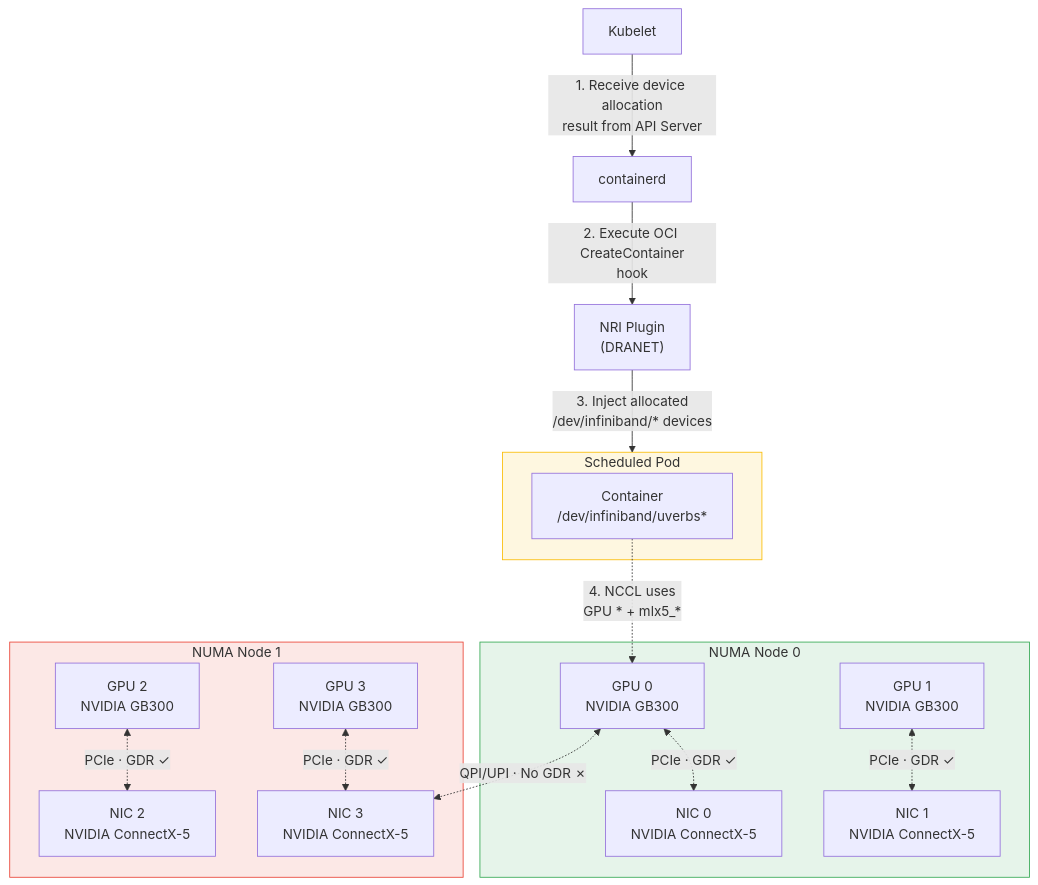
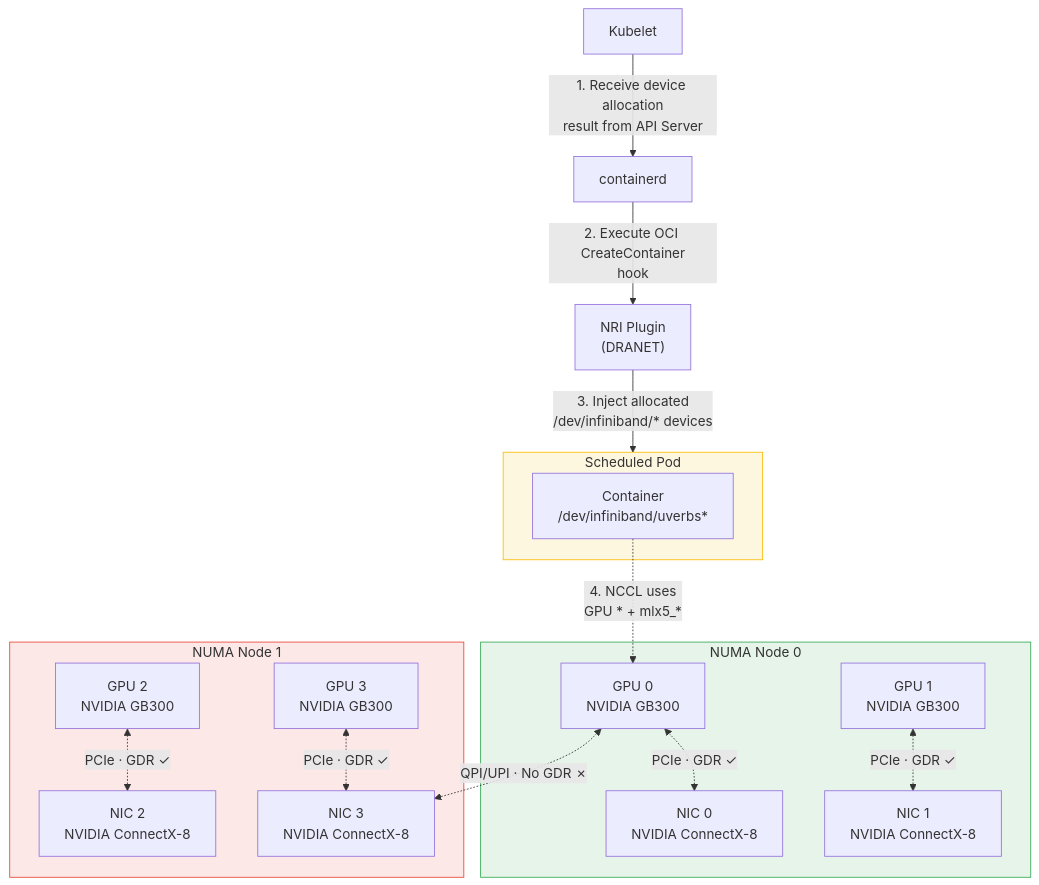
Before and after one commit to Azure/AKS: the diagram in website/blog/2026-04-01-dranet-rdma-optimization-for-ai-on-aks/data-plane-diagram.mmd, drawn with Mermaid. The commit also changed 1 other file, not shown here.

Commit message:
update diagram

```diff
--- a/website/blog/2026-04-01-dranet-rdma-optimization-for-ai-on-aks/data-plane-diagram.mmd
+++ b/website/blog/2026-04-01-dranet-rdma-optimization-for-ai-on-aks/data-plane-diagram.mmd
@@ -1,44 +1,44 @@
 flowchart TB
     Kubelet["Kubelet"]
     CRI["containerd"]
     NRI["NRI Plugin<br/>(DRANET)"]
 
     subgraph NUMA0["NUMA Node 0"]
         GPU0["GPU 0<br/>NVIDIA GB300"]
         GPU1["GPU 1<br/>NVIDIA GB300"]
-        NIC0["NIC 0<br/>NVIDIA ConnectX-5"]
-        NIC1["NIC 1<br/>NVIDIA ConnectX-5"]
+        NIC0["NIC 0<br/>NVIDIA ConnectX-8"]
+        NIC1["NIC 1<br/>NVIDIA ConnectX-8"]
     end
 
     subgraph NUMA1["NUMA Node 1"]
         GPU2["GPU 2<br/>NVIDIA GB300"]
         GPU3["GPU 3<br/>NVIDIA GB300"]
-        NIC2["NIC 2<br/>NVIDIA ConnectX-5"]
-        NIC3["NIC 3<br/>NVIDIA ConnectX-5"]
+        NIC2["NIC 2<br/>NVIDIA ConnectX-8"]
+        NIC3["NIC 3<br/>NVIDIA ConnectX-8"]
     end
 
     subgraph Pod["Scheduled Pod"]
         Container["Container<br/>/dev/infiniband/uverbs*"]
     end
 
     %% Runtime flow
     Kubelet -->|"1. Receive device allocation<br/>result from API Server"| CRI
     CRI -->|"2. Execute OCI CreateContainer<br/>hook"| NRI
     NRI -->|"3. Inject allocated<br/>/dev/infiniband/* devices"| Pod
 
     %% NUMA-aligned GDR paths
     GPU0 <-.->|"PCIe · GDR ✓"| NIC0
     GPU1 <-.->|"PCIe · GDR ✓"| NIC1
     GPU2 <-.->|"PCIe · GDR ✓"| NIC2
     GPU3 <-.->|"PCIe · GDR ✓"| NIC3
 
     %% Cross-NUMA penalty
     GPU0 <-.->|"QPI/UPI · No GDR ✗"| NIC3
 
     %% Pod uses aligned devices
     Container -.->|"4. NCCL uses<br/>GPU * + mlx5_*"| GPU0
 
     %% Styling
     style NUMA0 fill:#e6f4ea,stroke:#34a853
     style NUMA1 fill:#fce8e6,stroke:#ea4335
     style Pod fill:#fef7e0,stroke:#fbbc04
```
